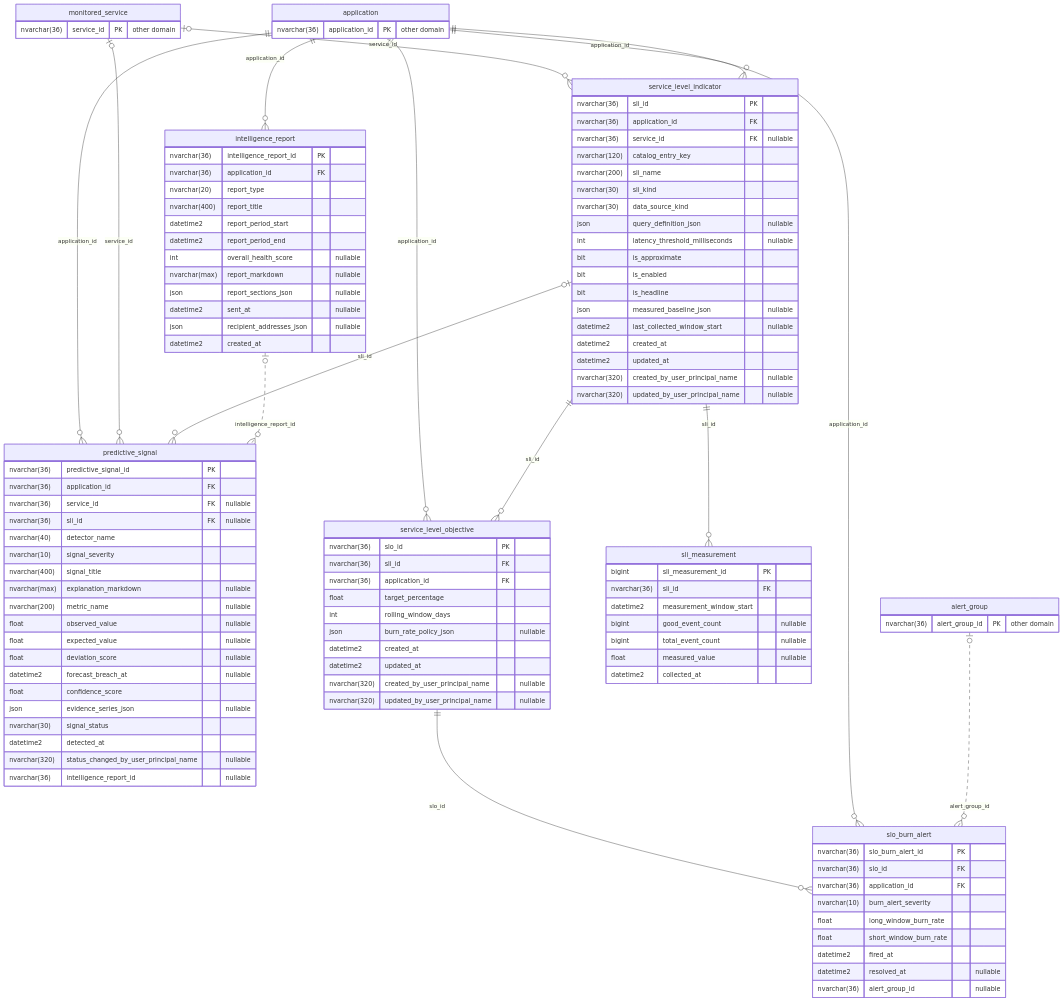
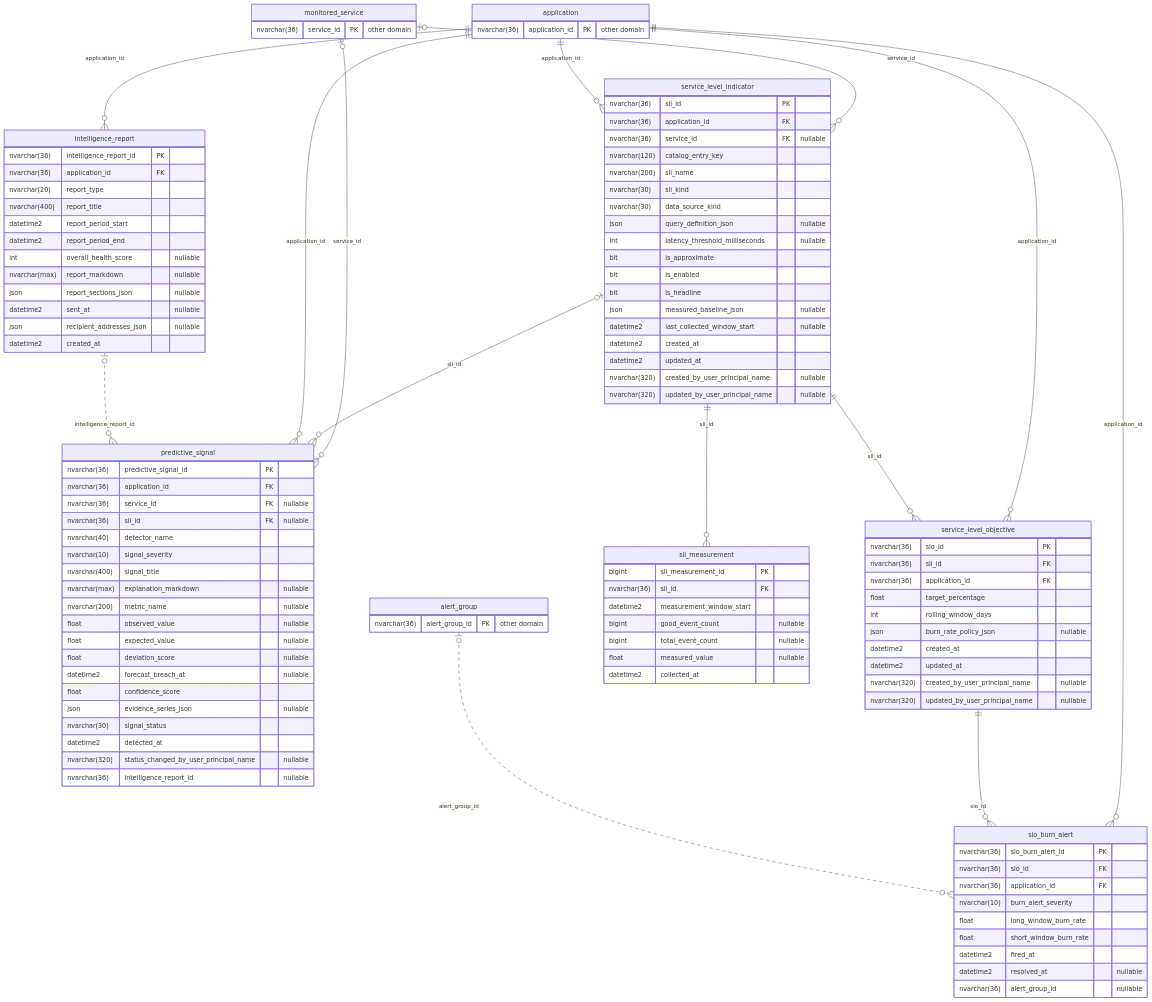
One commit to dilleswar16/Synaptic-Alchemy changed the sixth of 8 diagrams in Keigan/My Plans/architecture/15_ENTITY_RELATIONSHIP_DIAGRAM.md. Above: the diagram before and after it, drawn with Mermaid. The commit also changed other lines of this file and 17 other files, not shown here.

````diff
--- a/Keigan/My Plans/architecture/15_ENTITY_RELATIONSHIP_DIAGRAM.md
+++ b/Keigan/My Plans/architecture/15_ENTITY_RELATIONSHIP_DIAGRAM.md
@@ -913,14 +1006,14 @@
     application ||--o{ intelligence_report : "application_id"
     monitored_service |o--o{ service_level_indicator : "service_id"
     application ||--o{ service_level_indicator : "application_id"
-    application ||--o{ predictive_signal : "application_id"
     monitored_service |o--o{ predictive_signal : "service_id"
     service_level_indicator |o--o{ predictive_signal : "sli_id"
+    application ||--o{ predictive_signal : "application_id"
     intelligence_report |o..o{ predictive_signal : "intelligence_report_id"
     application ||--o{ service_level_objective : "application_id"
     service_level_indicator ||--o{ service_level_objective : "sli_id"
     service_level_indicator ||--o{ sli_measurement : "sli_id"
+    application ||--o{ slo_burn_alert : "application_id"
     service_level_objective ||--o{ slo_burn_alert : "slo_id"
-    application ||--o{ slo_burn_alert : "application_id"
     alert_group |o..o{ slo_burn_alert : "alert_group_id"
 ```
````
